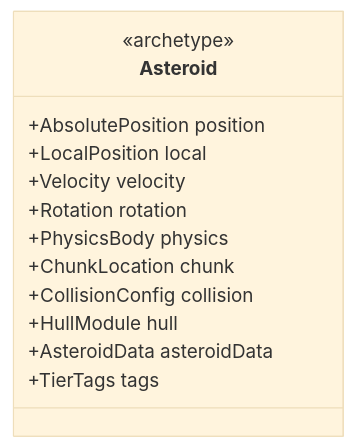
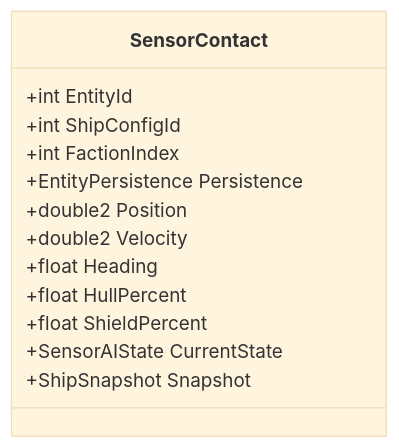
One commit to zephkelly/starfire changed the fourth of 8 diagrams in .obsidian/architecture/04-archetype-strategy.md. Above: the diagram before and after it, drawn with Mermaid (base theme). The commit also changed other lines of this file and 27 other files, not shown here.

Commit message:
feat: update architecture docs to include modding system

````diff
--- a/.obsidian/architecture/04-archetype-strategy.md
+++ b/.obsidian/architecture/04-archetype-strategy.md
@@ -378,16 +198,16 @@
 ```mermaid
 classDiagram
-    class Asteroid {
-        <<archetype>>
-        +AbsolutePosition position
-        +LocalPosition local
-        +Velocity velocity
-        +Rotation rotation
-        +PhysicsBody physics
-        +ChunkLocation chunk
-        +CollisionConfig collision
-        +HullModule hull
-        +AsteroidData asteroidData
-        +TierTags tags
+    class SensorContact {
+        +int EntityId
+        +int ShipConfigId
+        +int FactionIndex
+        +EntityPersistence Persistence
+        +double2 Position
+        +double2 Velocity
+        +float Heading
+        +float HullPercent
+        +float ShieldPercent
+        +SensorAIState CurrentState
+        +ShipSnapshot Snapshot
     }
 ```
````
